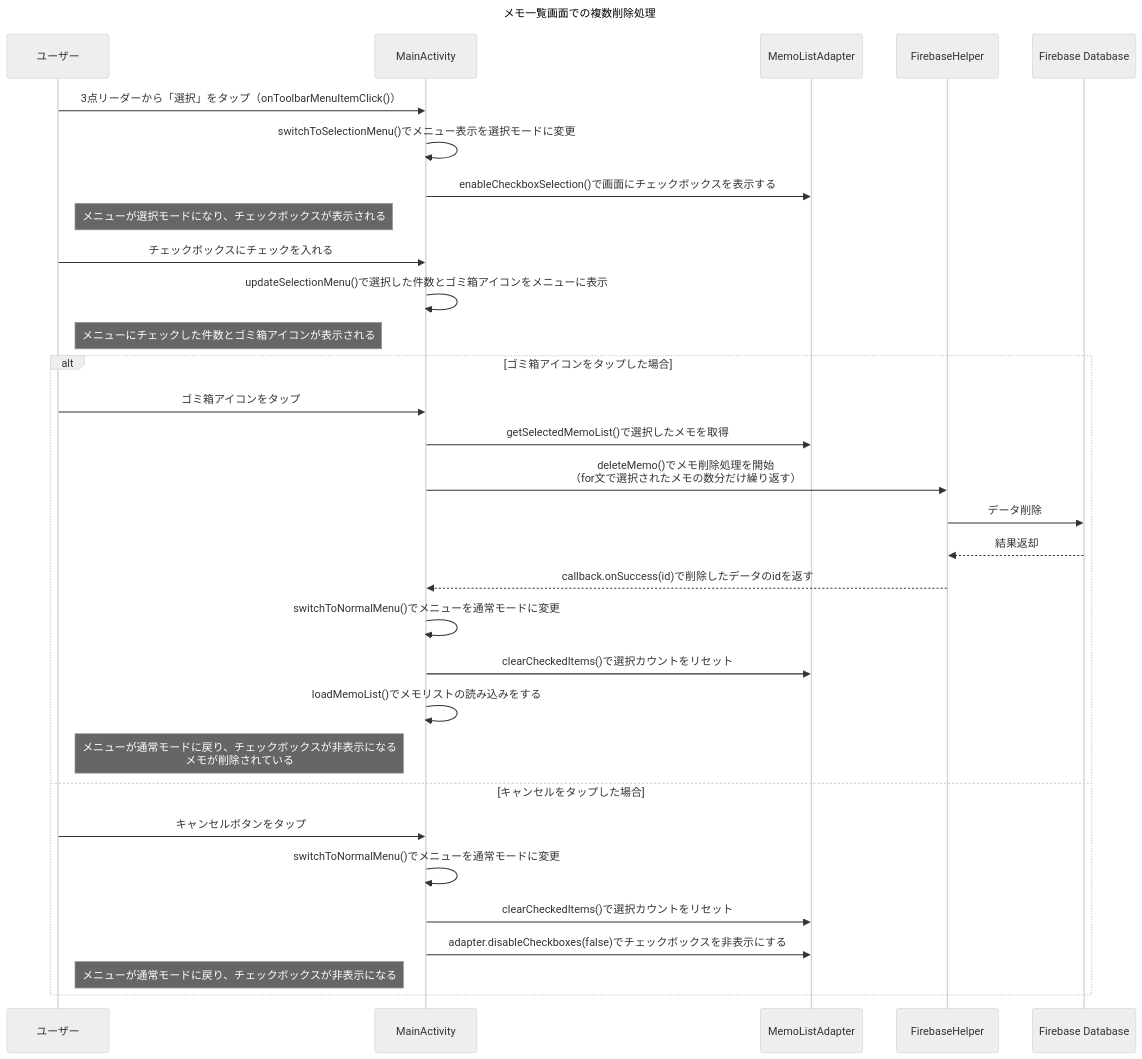
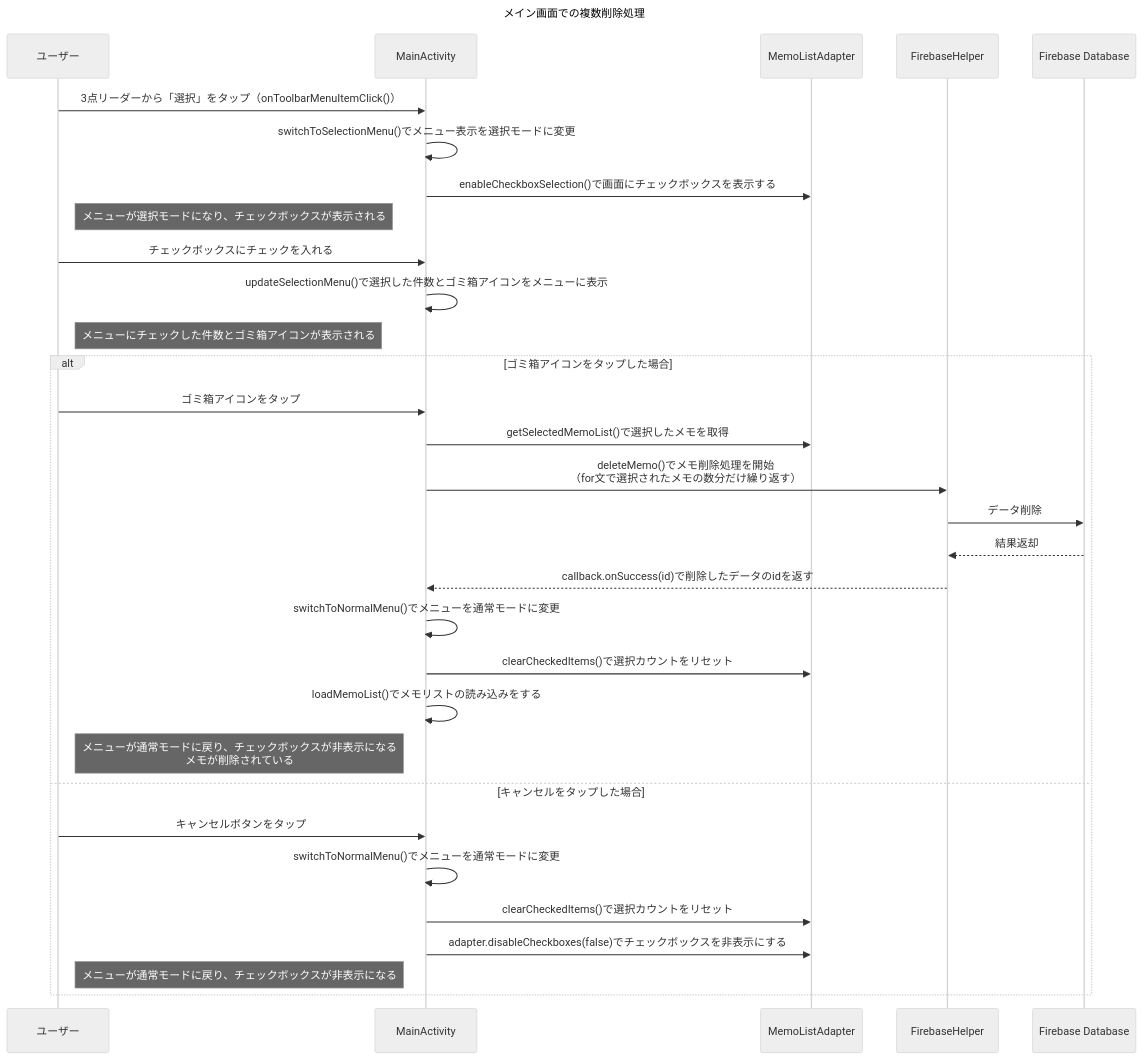
The seventh of 7 diagrams in README.md (masu314/memo), drawn with Mermaid (neutral theme) before and after one commit. The commit also changed other lines of this file, not shown here.

Commit message:
[update]README.mdにメイン画面から新規作成画面に遷移するシーケンス図を作成

````diff
--- a/README.md
+++ b/README.md
@@ -101,43 +108,43 @@
 ```mermaid
 sequenceDiagram
-    title メモ一覧画面での複数削除処理
+    title メイン画面での複数削除処理
     participant User as ユーザー
     participant Main as MainActivity
     participant Adapter as MemoListAdapter
     participant Firebase as FirebaseHelper
     participant DB as Firebase Database
     
     User->>Main: 3点リーダーから「選択」をタップ（onToolbarMenuItemClick()）
     Main->>Main: switchToSelectionMenu()でメニュー表示を選択モードに変更
     Main->>Adapter: enableCheckboxSelection()で画面にチェックボックスを表示する
     note right of User: メニューが選択モードになり、チェックボックスが表示される
     
     User->>Main: チェックボックスにチェックを入れる
     Main->>Main: updateSelectionMenu()で選択した件数とゴミ箱アイコンをメニューに表示
     note right of User: メニューにチェックした件数とゴミ箱アイコンが表示される
     
     alt ゴミ箱アイコンをタップした場合
     
     User->>Main: ゴミ箱アイコンをタップ
     Main->>Adapter: getSelectedMemoList()で選択したメモを取得
     Main->>Firebase: deleteMemo()でメモ削除処理を開始<br/>（for文で選択されたメモの数分だけ繰り返す）
     Firebase->>DB: データ削除
     DB-->>Firebase: 結果返却
     Firebase-->>Main: callback.onSuccess(id)で削除したデータのidを返す
     Main->>Main: switchToNormalMenu()でメニューを通常モードに変更
     Main->>Adapter: clearCheckedItems()で選択カウントをリセット
     Main->>Main: loadMemoList()でメモリストの読み込みをする
     
     note right of User: メニューが通常モードに戻り、チェックボックスが非表示になる<br/>メモが削除されている
 
     else キャンセルをタップした場合
 
     User->>Main: キャンセルボタンをタップ
     Main->>Main: switchToNormalMenu()でメニューを通常モードに変更
     Main->>Adapter: clearCheckedItems()で選択カウントをリセット
     Main->>Adapter: adapter.disableCheckboxes(false)でチェックボックスを非表示にする
     note right of User: メニューが通常モードに戻り、チェックボックスが非表示になる
 
     end
     
 ```
````
